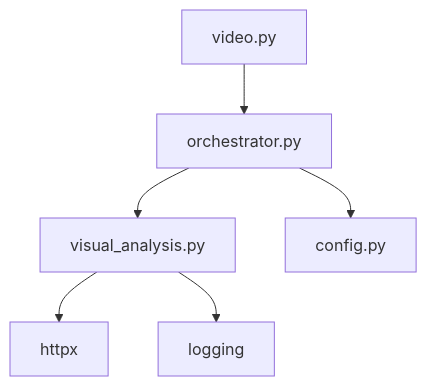
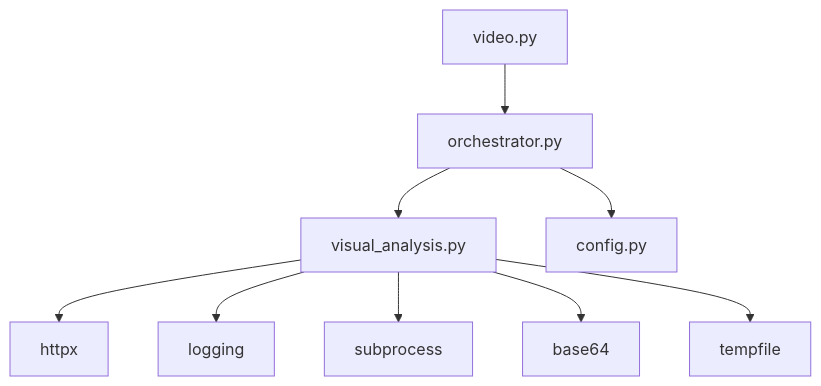
The seventh of 7 diagrams in .qoder/repowiki/en/content/Media Processing Pipeline/Visual Analysis Stage.md (alexandreybasta-cyber/dubai-media-ai), drawn with Mermaid before and after one commit. The commit also changed other lines of this file and 48 other files, not shown here.

````diff
--- a/.qoder/repowiki/en/content/Media Processing Pipeline/Visual Analysis Stage.md
+++ b/.qoder/repowiki/en/content/Media Processing Pipeline/Visual Analysis Stage.md
@@ -254,8 +316,11 @@
 ```mermaid
 graph TB
 VA["visual_analysis.py"] --> HTTPX["httpx"]
 VA --> LOG["logging"]
+VA --> SUBPROC["subprocess"]
+VA --> BASE64["base64"]
+VA --> TEMPFILE["tempfile"]
 ORCH["orchestrator.py"] --> VA
 ORCH --> CFG["config.py"]
 ROUTER["video.py"] --> ORCH
 ```
````
